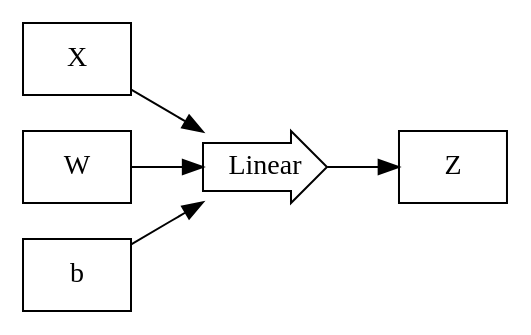
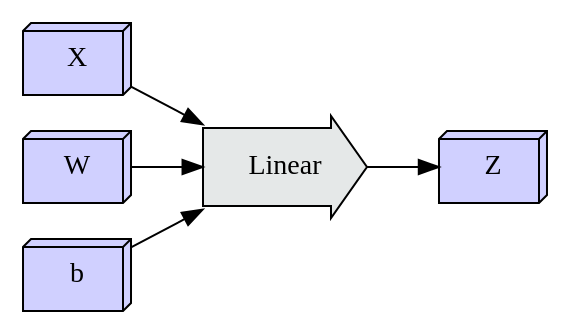
Diagram 21 of 55 in source/Tapestry/index.md (crutcher/crutcher.github.io-source), drawn with Graphviz before and after one commit. The commit also changed other lines of this file and 2 other files, not shown here.

````diff
--- a/source/Tapestry/index.md
+++ b/source/Tapestry/index.md
@@ -3387,13 +3384,18 @@
 ```graphviz
 digraph D {
     rankdir=LR;
-    X, W, b, Z [shape=box];
+    X, W, b, Z [shape=box3d, fillcolor="#d0d0ff", style=filled];
     
-    Linear [shape=rarrow];
+    Linear [
+        shape=rarrow,
+        margin=0.25,
+        style=filled,
+        fillcolor="#E5E8E8",
+    ];
     
     X -> Linear;
     W -> Linear;
     b -> Linear;
     Linear -> Z;
 }
 ```
````
